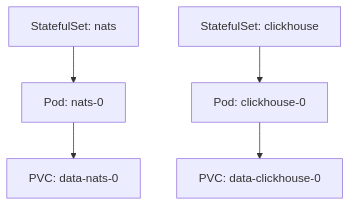
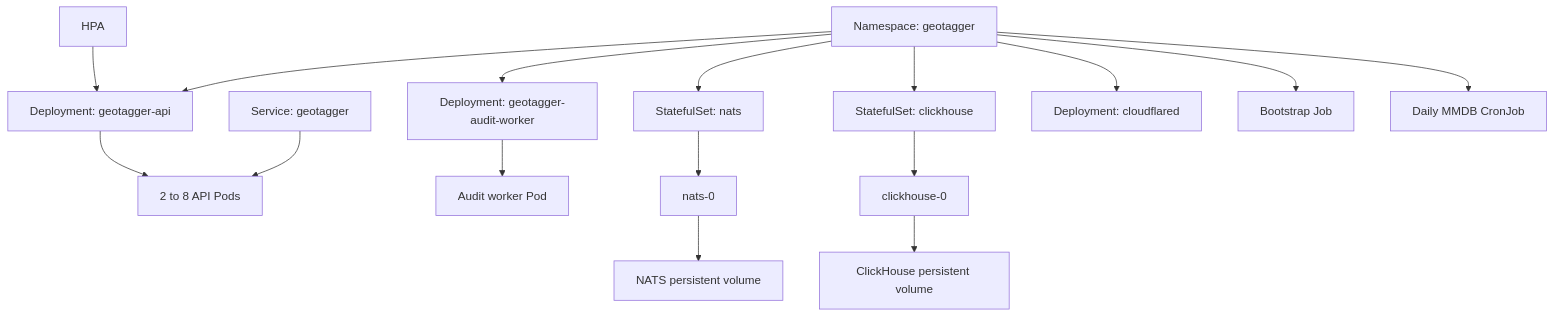
Before and after one commit to Jstarzz/geotagger: the third of 9 diagrams in docs/KUBERNETES.md, drawn with Mermaid. The commit also changed other lines of this file, not shown here.

Commit message:
docs: update K3s guide for dual MMDB architecture

````diff
--- a/docs/KUBERNETES.md
+++ b/docs/KUBERNETES.md
@@ -111,7 +66,22 @@
 ```mermaid
 flowchart TB
-    NSET["StatefulSet: nats"] --> NPOD["Pod: nats-0"]
-    NPOD --> NPVC["PVC: data-nats-0"]
-    CSET["StatefulSet: clickhouse"] --> CPOD["Pod: clickhouse-0"]
-    CPOD --> CPVC["PVC: data-clickhouse-0"]
+    NS["Namespace: geotagger"] --> API_DEP["Deployment: geotagger-api"]
+    API_DEP --> API_PODS["2 to 8 API Pods"]
+    HPA["HPA"] --> API_DEP
+    API_SVC["Service: geotagger"] --> API_PODS
+
+    NS --> WORKER_DEP["Deployment: geotagger-audit-worker"]
+    WORKER_DEP --> WORKER["Audit worker Pod"]
+
+    NS --> NATS_SS["StatefulSet: nats"]
+    NATS_SS --> NATS_POD["nats-0"]
+    NATS_POD --> NATS_PVC["NATS persistent volume"]
+
+    NS --> CH_SS["StatefulSet: clickhouse"]
+    CH_SS --> CH_POD["clickhouse-0"]
+    CH_POD --> CH_PVC["ClickHouse persistent volume"]
+
+    NS --> CFD_DEP["Deployment: cloudflared"]
+    NS --> MMDB_JOB["Bootstrap Job"]
+    NS --> MMDB_CRON["Daily MMDB CronJob"]
 ```
````
